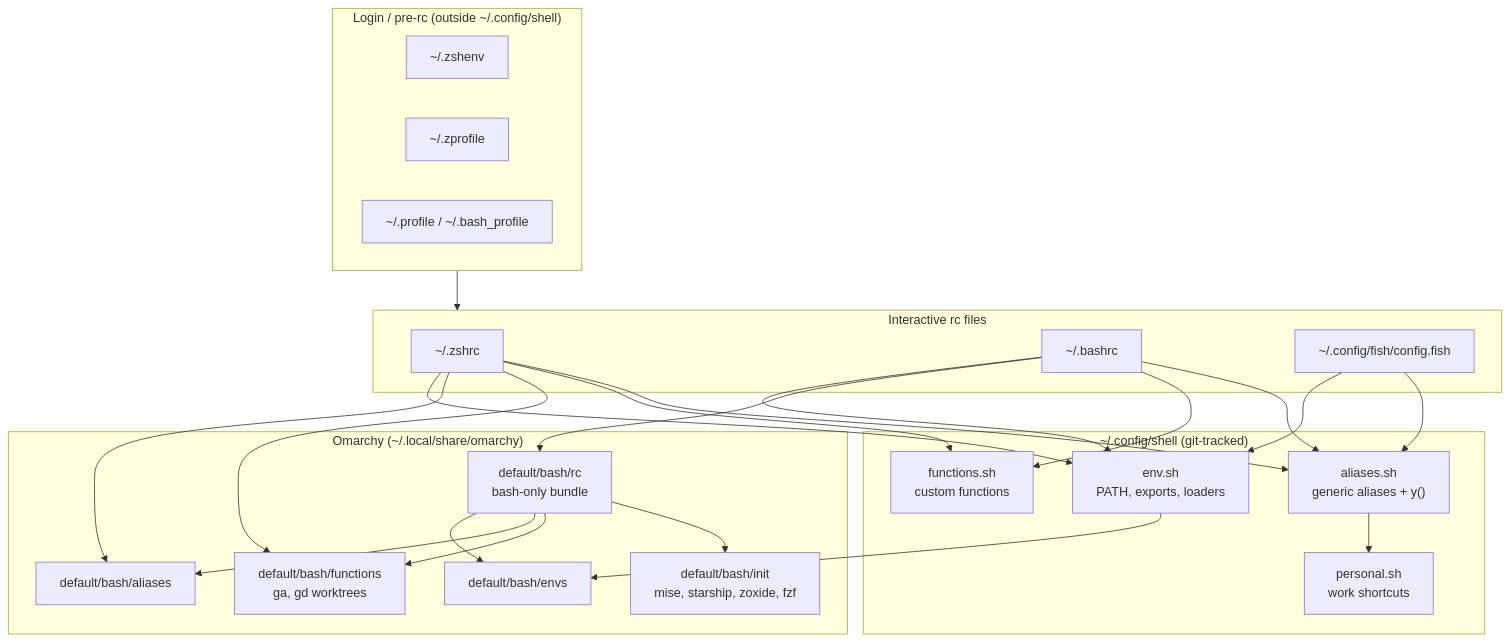
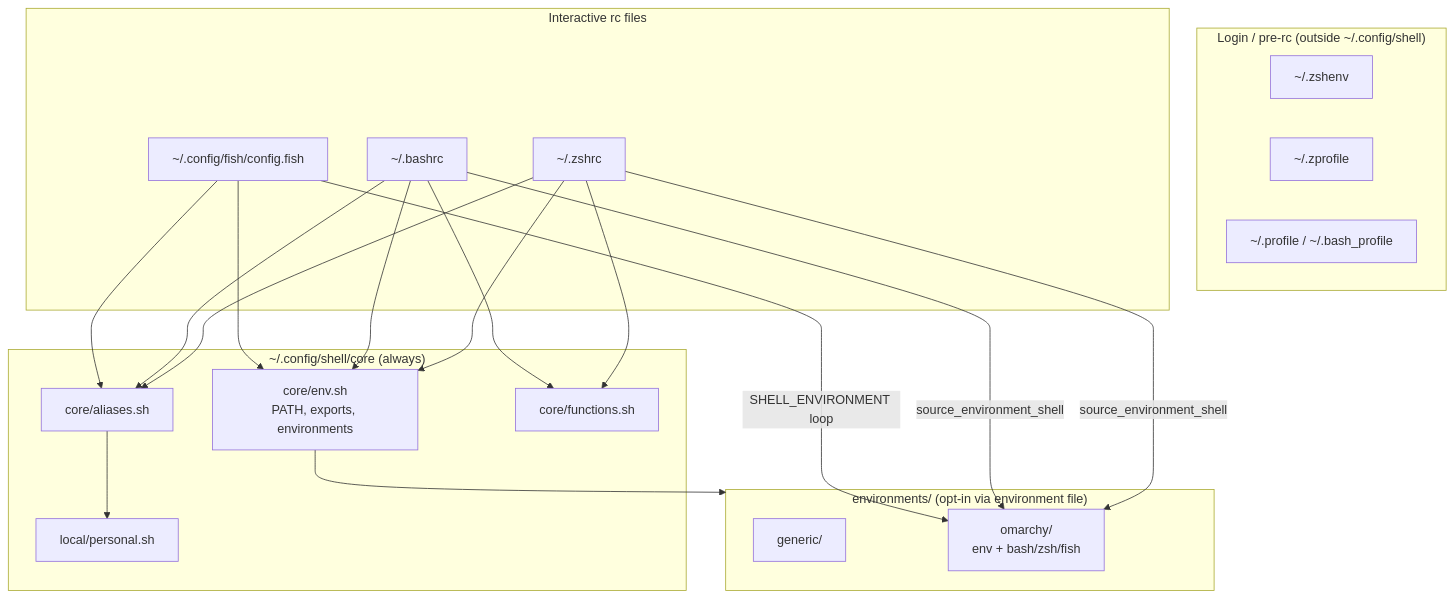
The first of 11 diagrams in shell.md (p10ns11y/shellyxz.sh), drawn with Mermaid before and after one commit. The commit also changed other lines of this file and 48 other files, not shown here.

First line of the commit message:
Modular shell config with environment presets.

````diff
--- a/shell.md
+++ b/shell.md
@@ -13,50 +15,43 @@
 ```mermaid
 flowchart TB
     subgraph login["Login / pre-rc (outside ~/.config/shell)"]
         zshenv["~/.zshenv"]
         zprofile["~/.zprofile"]
         profile["~/.profile / ~/.bash_profile"]
     end
 
-    subgraph core["~/.config/shell (git-tracked)"]
-        env["env.sh<br/>PATH, exports, loaders"]
-        aliases["aliases.sh<br/>generic aliases + y()"]
-        personal["personal.sh<br/>work shortcuts"]
-        functions["functions.sh<br/>custom functions"]
+    subgraph core["~/.config/shell/core (always)"]
+        env["core/env.sh<br/>PATH, exports, environments"]
+        aliases["core/aliases.sh"]
+        personal["local/personal.sh"]
+        functions["core/functions.sh"]
     end
 
-    subgraph omarchy["Omarchy (~/.local/share/omarchy)"]
-        oenvs["default/bash/envs"]
-        oaliases["default/bash/aliases"]
-        ofns["default/bash/functions<br/>ga, gd worktrees"]
-        orc["default/bash/rc<br/>bash-only bundle"]
-        oinit["default/bash/init<br/>mise, starship, zoxide, fzf"]
+    subgraph environments["environments/ (opt-in via environment file)"]
+        generic["generic/"]
+        omarchy["omarchy/<br/>env + bash/zsh/fish"]
     end
 
     subgraph shells["Interactive rc files"]
         zshrc["~/.zshrc"]
         bashrc["~/.bashrc"]
         fishcfg["~/.config/fish/config.fish"]
     end
 
-    login --> shells
     zshrc --> env
     bashrc --> env
     fishcfg --> env
 
-    env --> oenvs
-    zshrc --> oaliases
-    zshrc --> ofns
-    bashrc --> orc
-    orc --> oenvs
-    orc --> oaliases
-    orc --> ofns
-    orc --> oinit
+    env --> environments
+
+    zshrc -->|"source_environment_shell"| omarchy
+    bashrc -->|"source_environment_shell"| omarchy
+    fishcfg -->|"SHELL_ENVIRONMENT loop"| omarchy
 
     zshrc --> functions
     bashrc --> functions
     zshrc --> aliases
     bashrc --> aliases
     aliases --> personal
     fishcfg --> aliases
 ```
````
